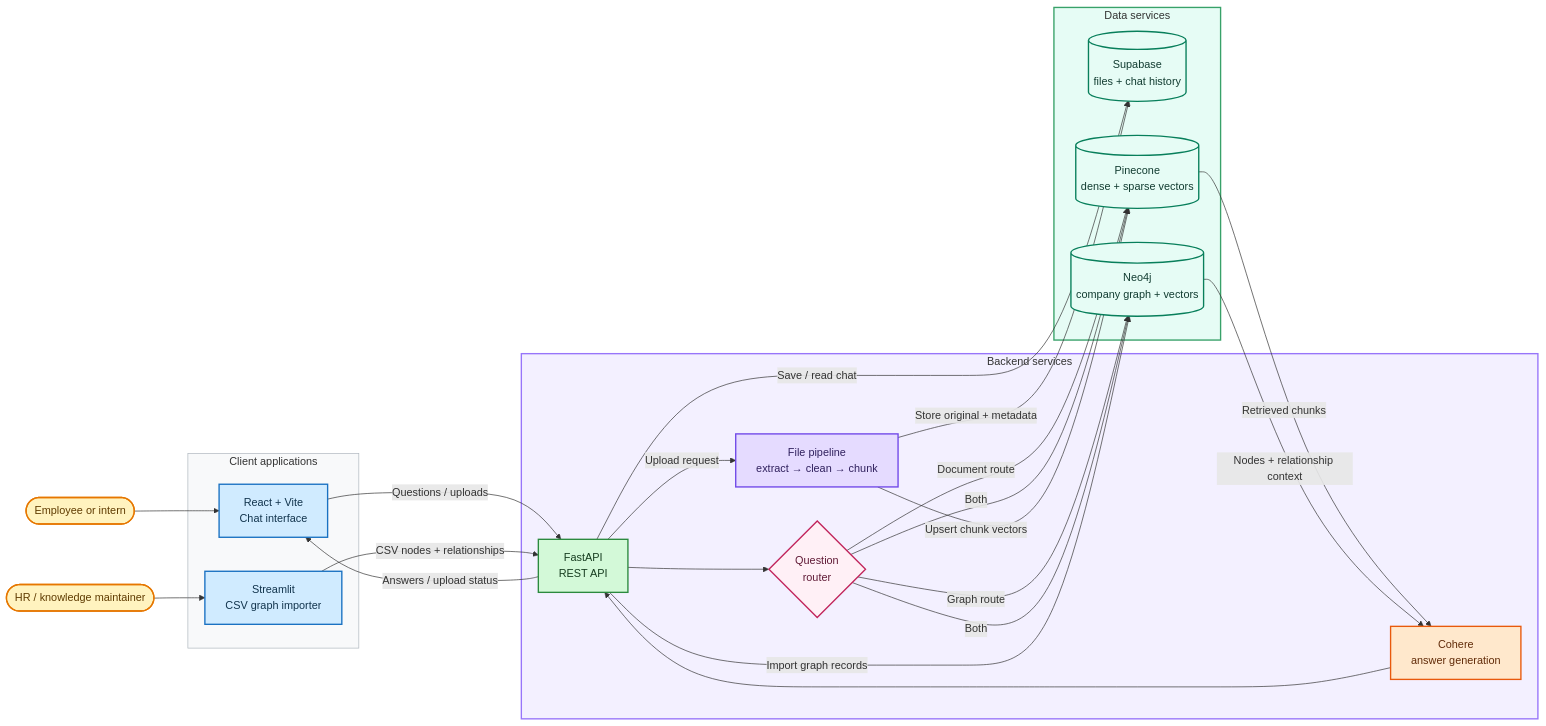
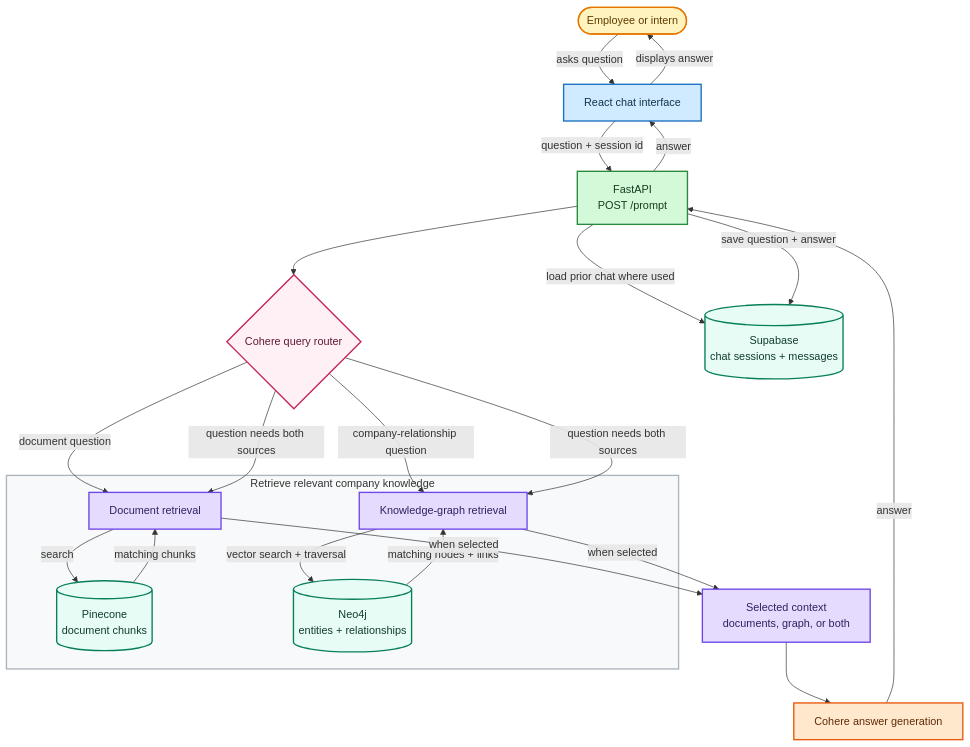
One commit to Saimohan80747/Company_Knowledge_GraphRAG changed the first of 6 diagrams in README.md. Above: the diagram before and after it, drawn with Mermaid. The commit also changed other lines of this file, not shown here.

````diff
--- a/README.md
+++ b/README.md
@@ -40,53 +44,47 @@
 ```mermaid
-flowchart LR
-    U([Employee or intern]):::actor
-    HR([HR / knowledge maintainer]):::actor
+flowchart TB
+    USER([Employee or intern]):::actor
+    WEB["React chat interface"]:::client
+    API["FastAPI<br/>POST /prompt"]:::service
+    ROUTER{"Cohere query router"}:::decision
 
-    subgraph CLIENTS["Client applications"]
-        UI["React + Vite<br/>Chat interface"]:::client
-        CRUD["Streamlit<br/>CSV graph importer"]:::client
+    subgraph RETRIEVAL["Retrieve relevant company knowledge"]
+        DOCS["Document retrieval"]:::process
+        PINE[("Pinecone<br/>document chunks")]:::store
+        GRAPH["Knowledge-graph retrieval"]:::process
+        NEO[("Neo4j<br/>entities + relationships")]:::store
     end
 
-    subgraph SERVICES["Backend services"]
-        API["FastAPI<br/>REST API"]:::service
-        ROUTER{"Question<br/>router"}:::decision
-        INGEST["File pipeline<br/>extract → clean → chunk"]:::process
-        ANSWER["Cohere<br/>answer generation"]:::ai
-    end
+    CONTEXT["Selected context<br/>documents, graph, or both"]:::process
+    GENERATE["Cohere answer generation"]:::ai
+    CHAT[("Supabase<br/>chat sessions + messages")]:::store
 
-    subgraph STORES["Data services"]
-        SUPA[("Supabase<br/>files + chat history")]:::store
-        PINE[("Pinecone<br/>dense + sparse vectors")]:::store
-        NEO[("Neo4j<br/>company graph + vectors")]:::store
-    end
-
-    U --> UI
-    UI -->|"Questions / uploads"| API
-    API -->|"Answers / upload status"| UI
-    HR --> CRUD
-    CRUD -->|"CSV nodes + relationships"| API
+    USER -->|"asks question"| WEB
+    WEB -->|"question + session id"| API
     API --> ROUTER
-    ROUTER -->|"Document route"| PINE
-    ROUTER -->|"Graph route"| NEO
-    ROUTER -->|"Both"| PINE
-    ROUTER -->|"Both"| NEO
-    PINE -->|"Retrieved chunks"| ANSWER
-    NEO -->|"Nodes + relationship context"| ANSWER
-    ANSWER --> API
-    API -->|"Save / read chat"| SUPA
-    API -->|"Upload request"| INGEST
-    INGEST -->|"Store original + metadata"| SUPA
-    INGEST -->|"Upsert chunk vectors"| PINE
-    API -->|"Import graph records"| NEO
+    ROUTER -->|"document question"| DOCS
+    ROUTER -->|"company-relationship question"| GRAPH
+    ROUTER -->|"question needs both sources"| DOCS
+    ROUTER -->|"question needs both sources"| GRAPH
+    DOCS -->|"search"| PINE
+    PINE -->|"matching chunks"| DOCS
+    GRAPH -->|"vector search + traversal"| NEO
+    NEO -->|"matching nodes + links"| GRAPH
+    DOCS -->|"when selected"| CONTEXT
+    GRAPH -->|"when selected"| CONTEXT
+    CONTEXT --> GENERATE
+    API -->|"load prior chat where used"| CHAT
+    GENERATE -->|"answer"| API
+    API -->|"save question + answer"| CHAT
+    API -->|"answer"| WEB
+    WEB -->|"displays answer"| USER
 
     classDef actor fill:#fff3bf,stroke:#e67700,color:#5f3b00,stroke-width:2px
     classDef client fill:#d0ebff,stroke:#1971c2,color:#12344d,stroke-width:2px
     classDef service fill:#d3f9d8,stroke:#2b8a3e,color:#173d20,stroke-width:2px
     classDef process fill:#e5dbff,stroke:#7048e8,color:#30215e,stroke-width:2px
     classDef decision fill:#fff0f6,stroke:#c2255c,color:#601a36,stroke-width:2px
     classDef ai fill:#ffe8cc,stroke:#e8590c,color:#612b08,stroke-width:2px
     classDef store fill:#e6fcf5,stroke:#087f5b,color:#123c31,stroke-width:2px
-    style CLIENTS fill:#f8f9fa,stroke:#adb5bd,stroke-width:1px
-    style SERVICES fill:#f3f0ff,stroke:#9775fa,stroke-width:2px
-    style STORES fill:#e6fcf5,stroke:#38a169,stroke-width:2px
+    style RETRIEVAL fill:#f8f9fa,stroke:#adb5bd,stroke-width:2px
 ```
````
